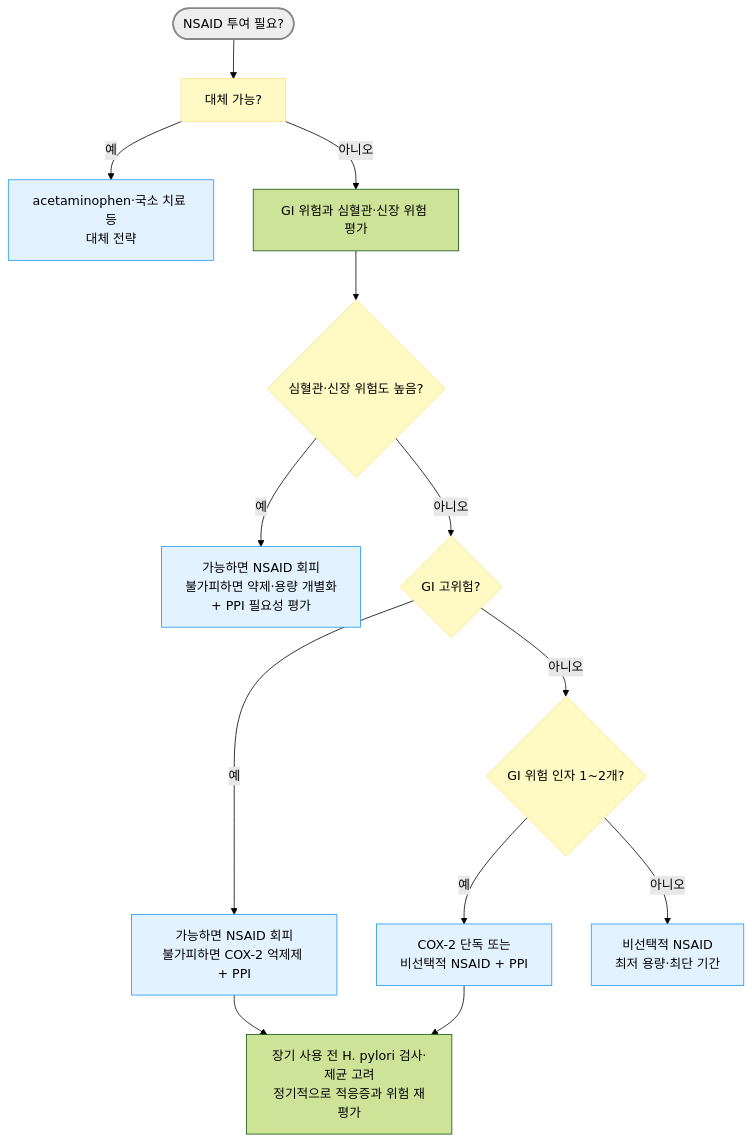
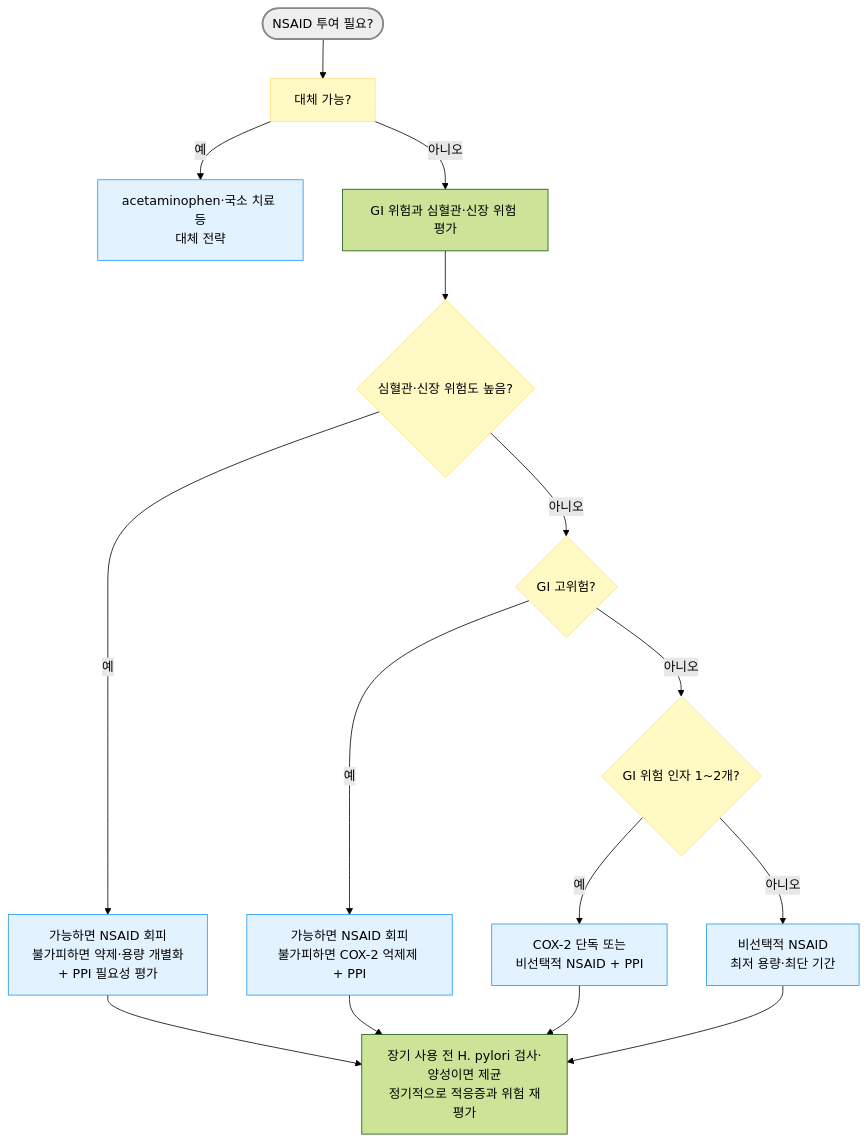
The second of 2 diagrams in 224_/079_-peptic-ulcer-pud.md (familyoh77/familyoh77), drawn with Mermaid (forest theme) before and after one commit. The commit also changed other lines of this file and 1 other file, not shown here.

````diff
--- a/224_/079_-peptic-ulcer-pud.md
+++ b/224_/079_-peptic-ulcer-pud.md
@@ -275,21 +283,23 @@
 ```mermaid
 graph TD
 A([NSAID 투여 필요?]) --> B[대체 가능?]
     B -- 예 --> C[acetaminophen·국소 치료 등<br/>대체 전략]
     B -- 아니오 --> D[GI 위험과 심혈관·신장 위험 평가]
     D --> E{심혈관·신장 위험도 높음?}
     E -- 예 --> G[가능하면 NSAID 회피<br/>불가피하면 약제·용량 개별화<br/>+ PPI 필요성 평가]
     E -- 아니오 --> F{GI 고위험?}
     F -- 예 --> H[가능하면 NSAID 회피<br/>불가피하면 COX-2 억제제 + PPI]
     F -- 아니오 --> I{GI 위험 인자 1~2개?}
     I -- 예 --> J[COX-2 단독 또는<br/>비선택적 NSAID + PPI]
     I -- 아니오 --> K[비선택적 NSAID<br/>최저 용량·최단 기간]
-    H --> L[장기 사용 전 H. pylori 검사·제균 고려<br/>정기적으로 적응증과 위험 재평가]
+    H --> L[장기 사용 전 H. pylori 검사·양성이면 제균<br/>정기적으로 적응증과 위험 재평가]
     J --> L
+    G --> L
+    K --> L
 
 style A fill:#eeeeee,stroke:#888888,stroke-width:2px
 classDef yellow fill:#fff9c4,stroke:#ffe082
 class B,E,F,I yellow
 classDef sky fill:#e3f2ff,stroke:#2196f3
 class C,G,H,J,K sky
 ```
````
